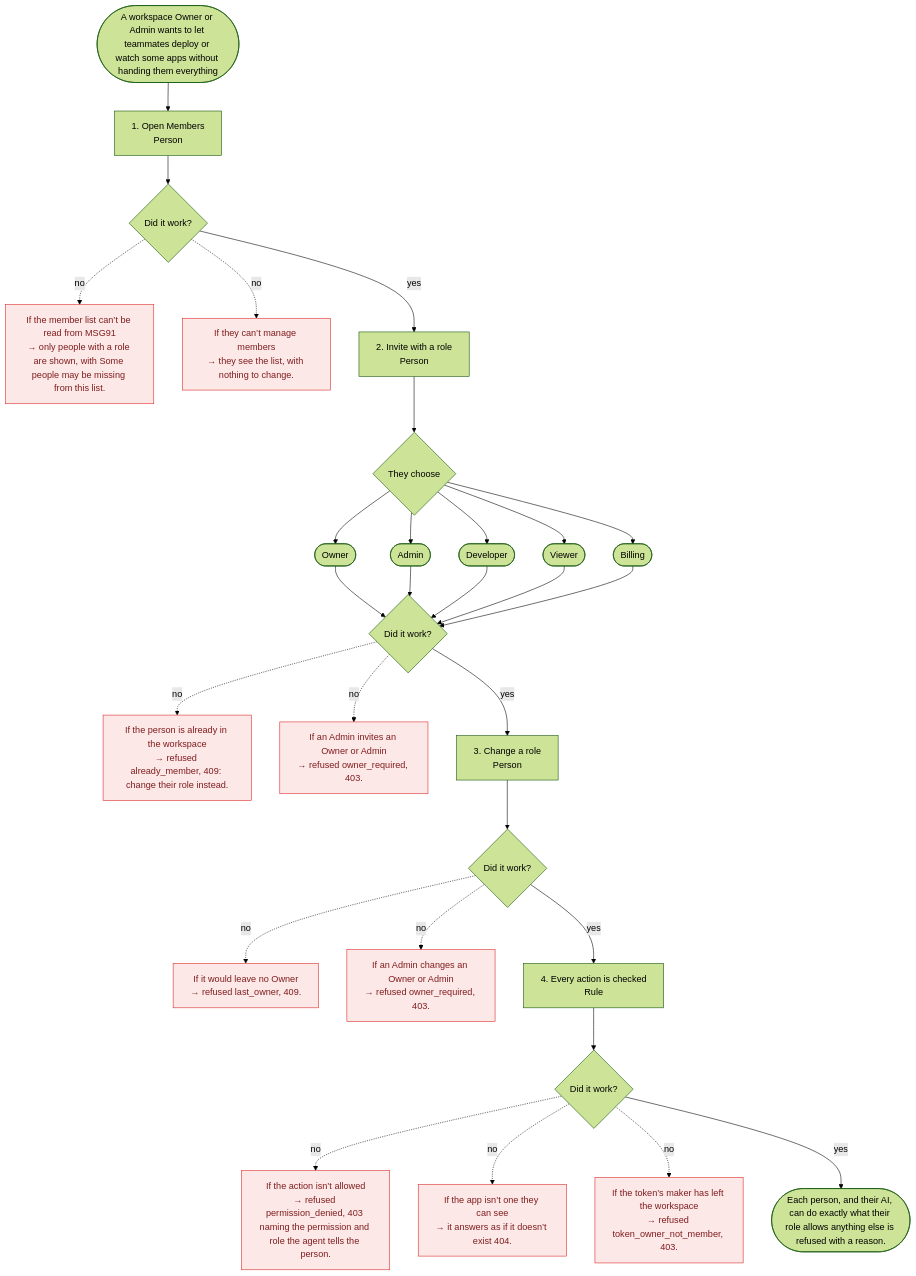
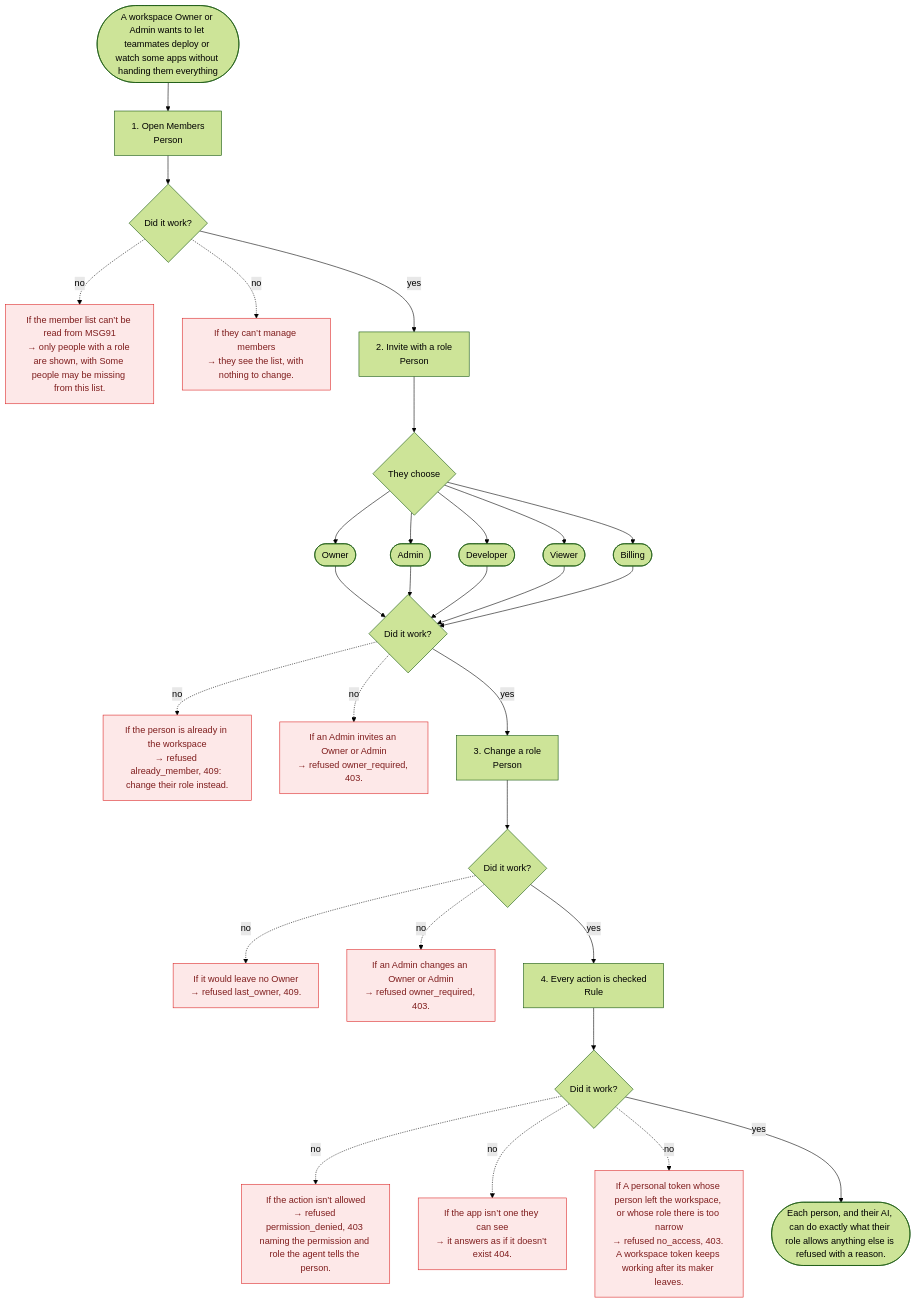
One commit to Vaibhav9197/hostnsoft changed the diagram in docs/prd/stories/team-roles.md. Above: the diagram before and after it, drawn with Mermaid (forest theme). The commit also changed other lines of this file and 13 other files, not shown here.

````diff
--- a/docs/prd/stories/team-roles.md
+++ b/docs/prd/stories/team-roles.md
@@ -26,57 +26,57 @@
 ```mermaid
 flowchart TD
   start([A workspace Owner or Admin wants to let teammates deploy or watch some apps without handing them everything])
   s1["1. Open Members<br/>Person"]
   start --> s1
   s1f{Did it work?}
   s1 --> s1f
   s1f1["If the member list can’t be read from MSG91<br/>→ only people with a role are shown, with Some people may be missing from this list."]:::fail
   s1f -.->|no| s1f1
   s1f2["If they can’t manage members<br/>→ they see the list, with nothing to change."]:::fail
   s1f -.->|no| s1f2
   s2["2. Invite with a role<br/>Person"]
   s1f -->|yes| s2
   s2c{They choose}
   s2 --> s2c
   s2c1([Owner])
   s2c --> s2c1
   s2c2([Admin])
   s2c --> s2c2
   s2c3([Developer])
   s2c --> s2c3
   s2c4([Viewer])
   s2c --> s2c4
   s2c5([Billing])
   s2c --> s2c5
   s2f{Did it work?}
   s2c1 --> s2f
   s2c2 --> s2f
   s2c3 --> s2f
   s2c4 --> s2f
   s2c5 --> s2f
   s2f1["If the person is already in the workspace<br/>→ refused already_member, 409: change their role instead."]:::fail
   s2f -.->|no| s2f1
   s2f2["If an Admin invites an Owner or Admin<br/>→ refused owner_required, 403."]:::fail
   s2f -.->|no| s2f2
   s3["3. Change a role<br/>Person"]
   s2f -->|yes| s3
   s3f{Did it work?}
   s3 --> s3f
   s3f1["If it would leave no Owner<br/>→ refused last_owner, 409."]:::fail
   s3f -.->|no| s3f1
   s3f2["If an Admin changes an Owner or Admin<br/>→ refused owner_required, 403."]:::fail
   s3f -.->|no| s3f2
   s4["4. Every action is checked<br/>Rule"]
   s3f -->|yes| s4
   s4f{Did it work?}
   s4 --> s4f
   s4f1["If the action isn’t allowed<br/>→ refused permission_denied, 403 naming the permission and role the agent tells the person."]:::fail
   s4f -.->|no| s4f1
   s4f2["If the app isn’t one they can see<br/>→ it answers as if it doesn’t exist 404."]:::fail
   s4f -.->|no| s4f2
-  s4f3["If the token’s maker has left the workspace<br/>→ refused token_owner_not_member, 403."]:::fail
+  s4f3["If A personal token whose person left the workspace, or whose role there is too narrow<br/>→ refused no_access, 403. A workspace token keeps working after its maker leaves."]:::fail
   s4f -.->|no| s4f3
   done([Each person, and their AI, can do exactly what their role allows anything else is refused with a reason.])
   s4f -->|yes| done
   classDef fail fill:#fde8e8,stroke:#dc2626,color:#7f1d1d
 ```
````
